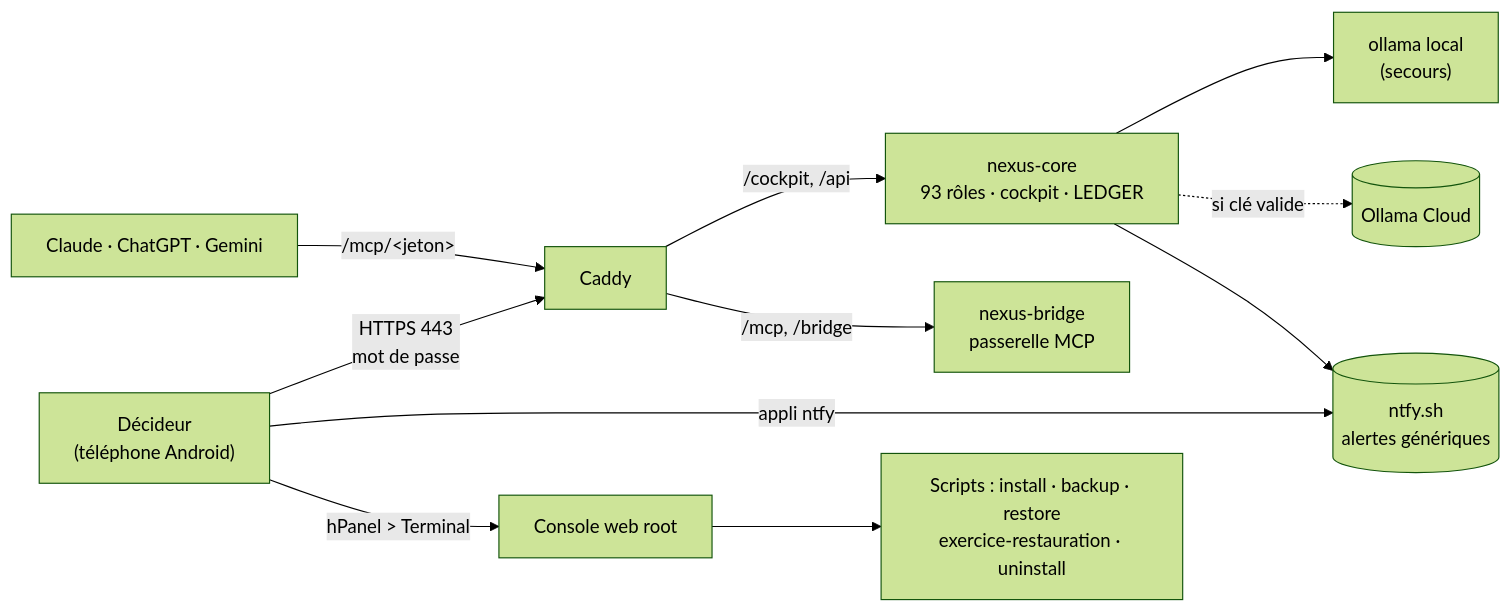
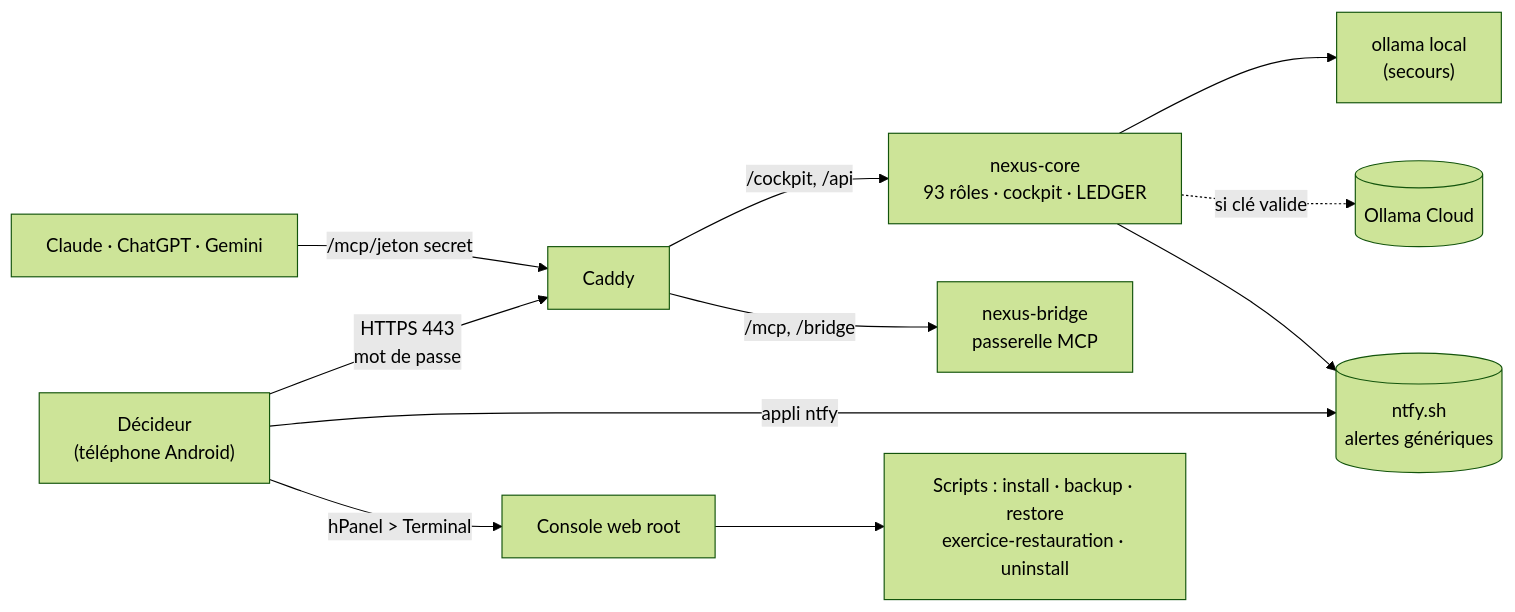
One commit to redkards/EspaceTravail-public changed the diagram in docs/operationnel/00-index.md. Above: the diagram before and after it, drawn with Mermaid (forest theme). The commit also changed 16 other files, not shown here.

````diff
--- a/docs/operationnel/00-index.md
+++ b/docs/operationnel/00-index.md
@@ -42,13 +42,13 @@
 ```mermaid
 flowchart LR
     D["Décideur<br/>(téléphone Android)"] -->|HTTPS 443<br/>mot de passe| C[Caddy]
     D -->|appli ntfy| N[(ntfy.sh<br/>alertes génériques)]
     D -->|hPanel > Terminal| V[Console web root]
-    IA["Claude · ChatGPT · Gemini"] -->|/mcp/&lt;jeton&gt;| C
+    IA["Claude · ChatGPT · Gemini"] -->|"/mcp/jeton secret"| C
     C -->|/cockpit, /api| CORE["nexus-core<br/>93 rôles · cockpit · LEDGER"]
     C -->|/mcp, /bridge| BR["nexus-bridge<br/>passerelle MCP"]
     CORE --> OL["ollama local<br/>(secours)"]
     CORE -.->|si clé valide| OC[(Ollama Cloud)]
     CORE --> N
     V --> S["Scripts : install · backup · restore<br/>exercice-restauration · uninstall"]
 ```
````
